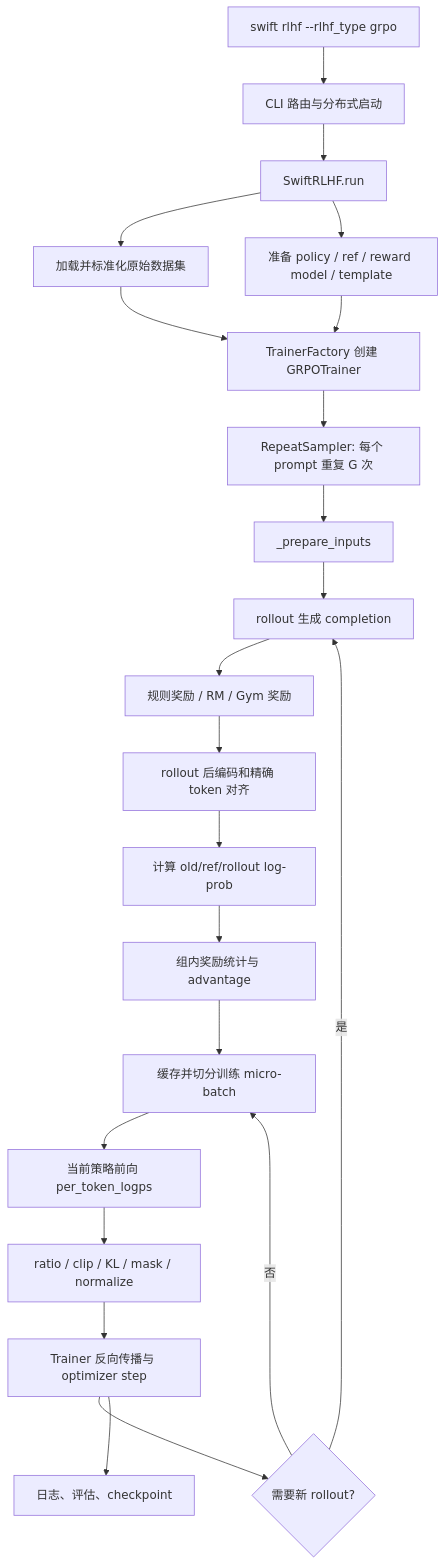
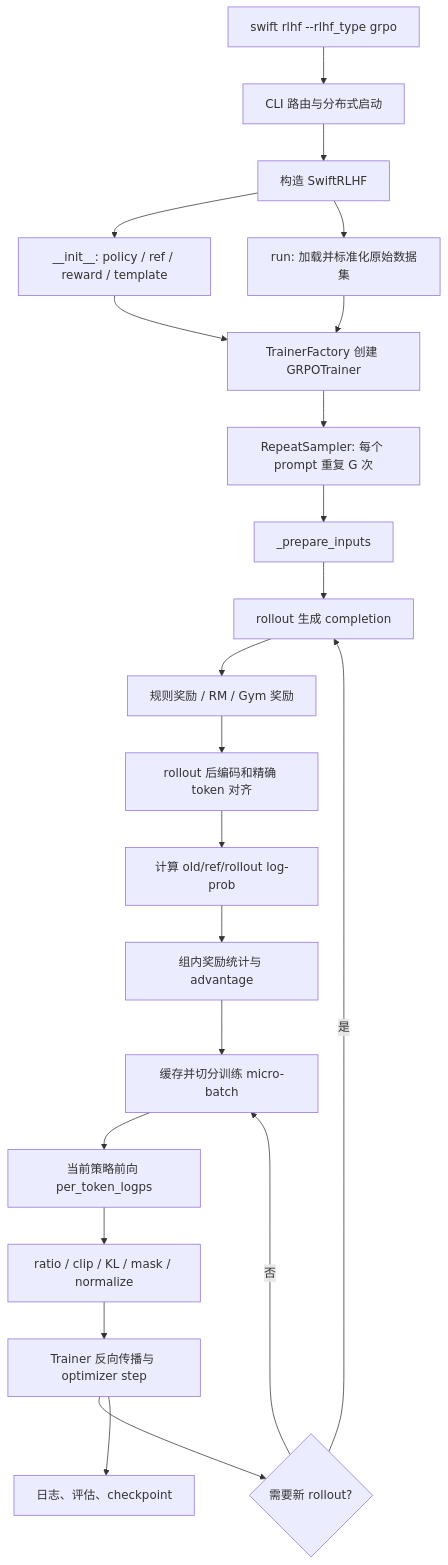
The first of 18 diagrams in docs/learning/GRPO训练全流程代码分析报告.md (loveleaves/ms-swift), drawn with Mermaid before and after one commit. The commit also changed other lines of this file, not shown here.

```diff
--- a/docs/learning/GRPO训练全流程代码分析报告.md
+++ b/docs/learning/GRPO训练全流程代码分析报告.md
@@ -132,24 +166,24 @@
 ~~~mermaid
 flowchart TD
     A["swift rlhf --rlhf_type grpo"] --> B["CLI 路由与分布式启动"]
-    B --> C["SwiftRLHF.run"]
-    C --> D["加载并标准化原始数据集"]
-    C --> E["准备 policy / ref / reward model / template"]
+    B --> C["构造 SwiftRLHF"]
+    C --> E["__init__: policy / ref / reward / template"]
+    C --> D["run: 加载并标准化原始数据集"]
     D --> F["TrainerFactory 创建 GRPOTrainer"]
     E --> F
     F --> G["RepeatSampler: 每个 prompt 重复 G 次"]
     G --> H["_prepare_inputs"]
     H --> I["rollout 生成 completion"]
     I --> J["规则奖励 / RM / Gym 奖励"]
     J --> K["rollout 后编码和精确 token 对齐"]
     K --> L["计算 old/ref/rollout log-prob"]
     L --> M["组内奖励统计与 advantage"]
     M --> N["缓存并切分训练 micro-batch"]
     N --> O["当前策略前向 per_token_logps"]
     O --> P["ratio / clip / KL / mask / normalize"]
     P --> Q["Trainer 反向传播与 optimizer step"]
     Q --> R{"需要新 rollout?"}
     R -- 否 --> N
     R -- 是 --> I
     Q --> S["日志、评估、checkpoint"]
 ~~~
```
